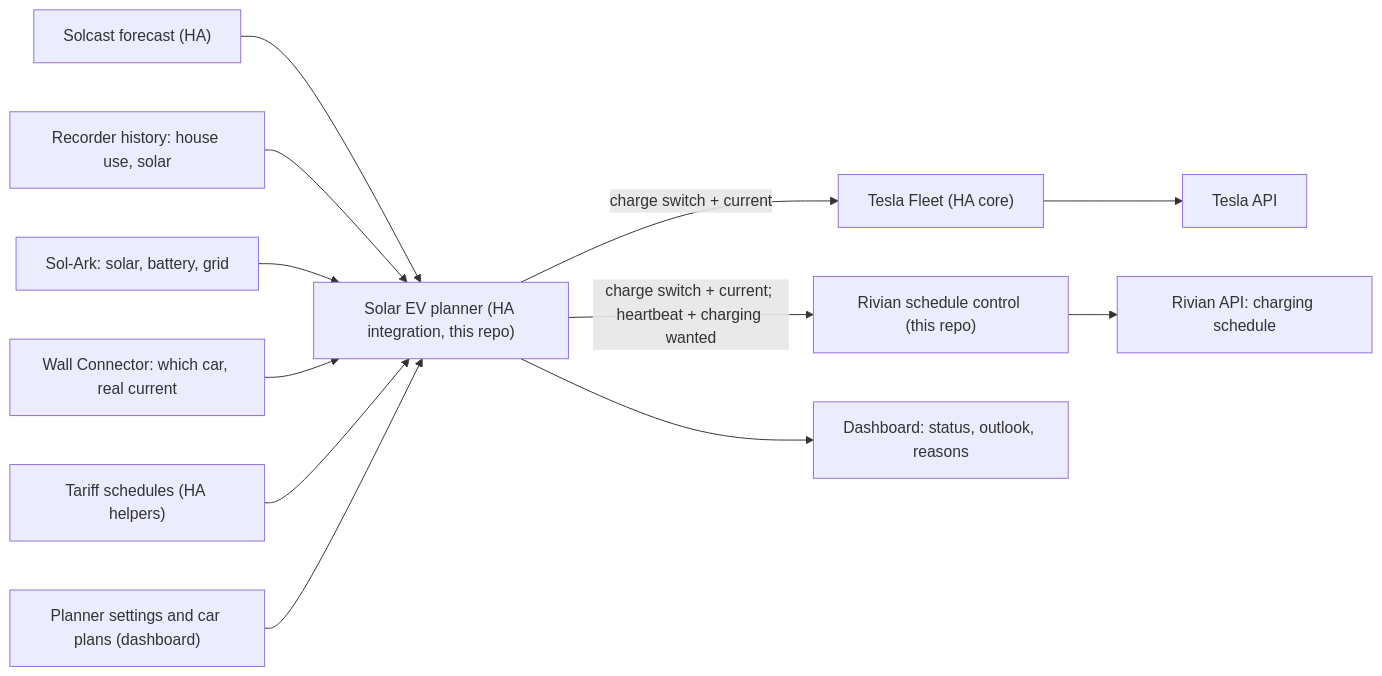
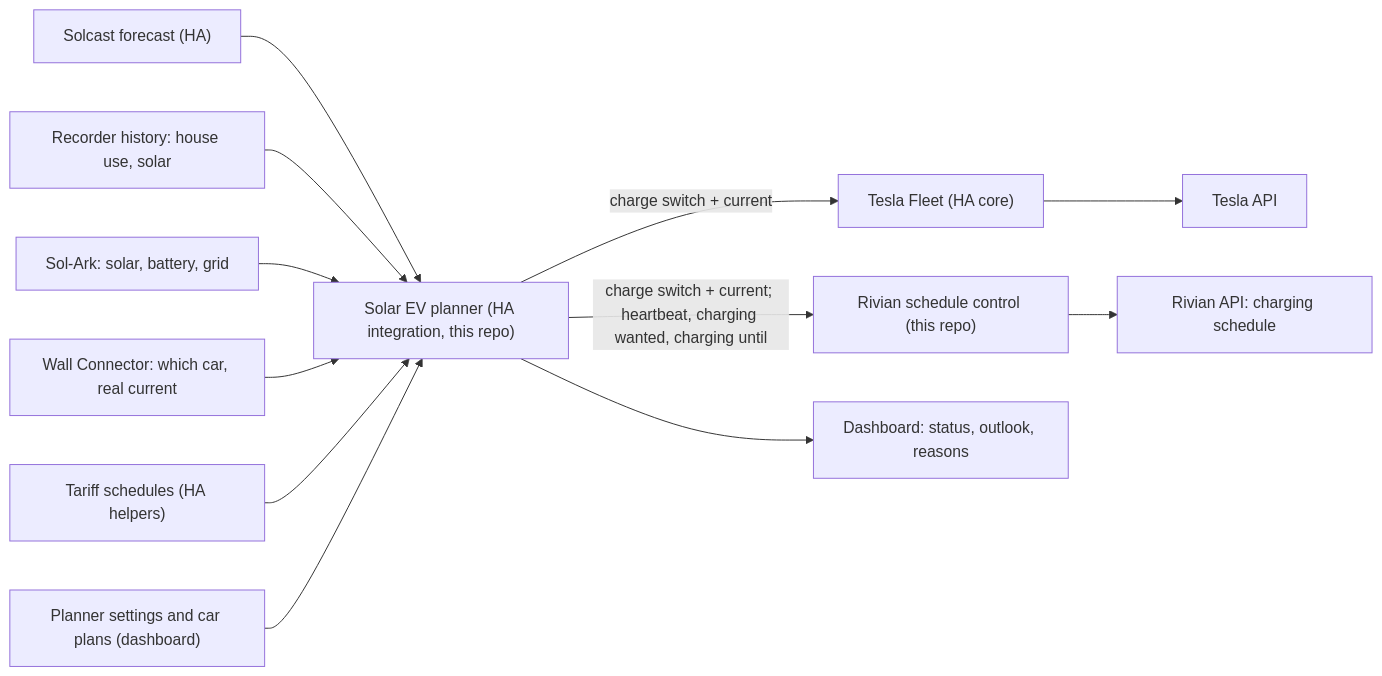
Before and after one commit to bballdavis/SolarSage: the diagram in docs/PLAN.md, drawn with Mermaid. The commit also changed other lines of this file and 16 other files, not shown here.

````diff
--- a/docs/PLAN.md
+++ b/docs/PLAN.md
@@ -47,14 +47,14 @@
 ```mermaid
 flowchart LR
   Solcast["Solcast forecast (HA)"] --> Planner
   History["Recorder history: house use, solar"] --> Planner
   SolArk["Sol-Ark: solar, battery, grid"] --> Planner
   TWC["Wall Connector: which car, real current"] --> Planner
   Tariff["Tariff schedules (HA helpers)"] --> Planner
   Settings["Planner settings and car plans (dashboard)"] --> Planner
   Planner["Solar EV planner (HA integration, this repo)"] -->|"charge switch + current"| TeslaFleet["Tesla Fleet (HA core)"]
-  Planner -->|"charge switch + current; heartbeat + charging wanted"| ScheduleControl["Rivian schedule control (this repo)"]
+  Planner -->|"charge switch + current; heartbeat, charging wanted, charging until"| ScheduleControl["Rivian schedule control (this repo)"]
   TeslaFleet --> Tesla["Tesla API"]
   ScheduleControl --> Rivian["Rivian API: charging schedule"]
   Planner --> Dashboard["Dashboard: status, outlook, reasons"]
 ```
````
